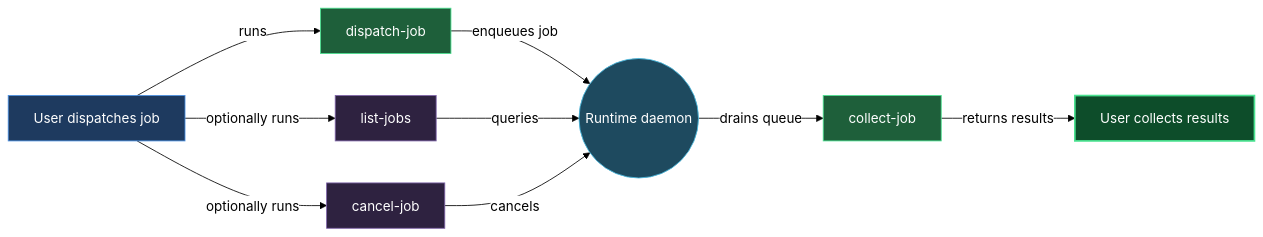
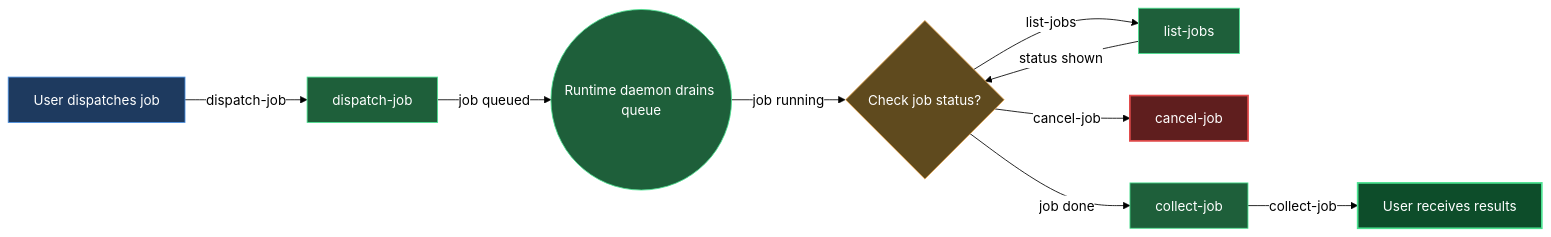
The diagram in claude/lazycortex-core/help/experts.md (mebius-san/lazy-cortex), drawn with Mermaid before and after one commit. The commit also changed other lines of this file and 37 other files, not shown here.

````diff
--- a/claude/lazycortex-core/help/experts.md
+++ b/claude/lazycortex-core/help/experts.md
@@ -68,34 +68,36 @@
 ```mermaid
 %%{init: {'themeVariables':{'background':'transparent','lineColor':'#000','textColor':'#000','edgeLabelBackground':'#fff'},'themeCSS':'.edgeLabel{background-color:transparent!important}.edgeLabel p{background-color:transparent!important}','flowchart':{'diagramPadding':5,'useMaxWidth':true}}}%%
 flowchart LR
   userDispatchesJob[User dispatches job]
-  dispatchJobSkill[dispatch-job]
-  runtimeDaemon((Runtime daemon))
-  collectJobSkill[collect-job]
-  userCollectsResults[User collects results]
-  listJobsSkill[list-jobs]
-  cancelJobSkill[cancel-job]
+  dispatchJob[dispatch-job]
+  runtimeDaemonDrainsQueue((Runtime daemon drains queue))
+  userChecksJobStatus{Check job status?}
+  listJobs[list-jobs]
+  cancelJob[cancel-job]
+  collectJob[collect-job]
+  userReceivesResults[User receives results]
 
-  userDispatchesJob -->|runs| dispatchJobSkill
-  dispatchJobSkill -->|enqueues job| runtimeDaemon
-  runtimeDaemon -->|drains queue| collectJobSkill
-  collectJobSkill -->|returns results| userCollectsResults
-  userDispatchesJob -->|optionally runs| listJobsSkill
-  listJobsSkill -->|queries| runtimeDaemon
-  userDispatchesJob -->|optionally runs| cancelJobSkill
-  cancelJobSkill -->|cancels| runtimeDaemon
+  userDispatchesJob -->|dispatch-job| dispatchJob
+  dispatchJob -->|job queued| runtimeDaemonDrainsQueue
+  runtimeDaemonDrainsQueue -->|job running| userChecksJobStatus
+  userChecksJobStatus -->|list-jobs| listJobs
+  userChecksJobStatus -->|cancel-job| cancelJob
+  userChecksJobStatus -->|job done| collectJob
+  listJobs -->|status shown| userChecksJobStatus
+  collectJob -->|collect-job| userReceivesResults
 
   classDef entry fill:#1e3a5f,stroke:#4a90e2,color:#fff
-  classDef sub fill:#2e2240,stroke:#7e63a8,color:#fff
+  classDef guard fill:#5f4a1e,stroke:#e2a14a,color:#fff
   classDef action fill:#1e5f3a,stroke:#4ae290,color:#fff
   classDef success fill:#0d4d2a,stroke:#4ae290,color:#fff,stroke-width:2px
-  classDef service fill:#1e4a5f,stroke:#4abce2,color:#fff
+  classDef error fill:#5f1e1e,stroke:#e24a4a,color:#fff,stroke-width:2px
 
   class userDispatchesJob entry
-  class dispatchJobSkill action
-  class collectJobSkill action
-  class runtimeDaemon service
-  class userCollectsResults success
-  class listJobsSkill sub
-  class cancelJobSkill sub
+  class dispatchJob action
+  class runtimeDaemonDrainsQueue action
+  class userChecksJobStatus guard
+  class listJobs action
+  class cancelJob error
+  class collectJob action
+  class userReceivesResults success
 ```
````
